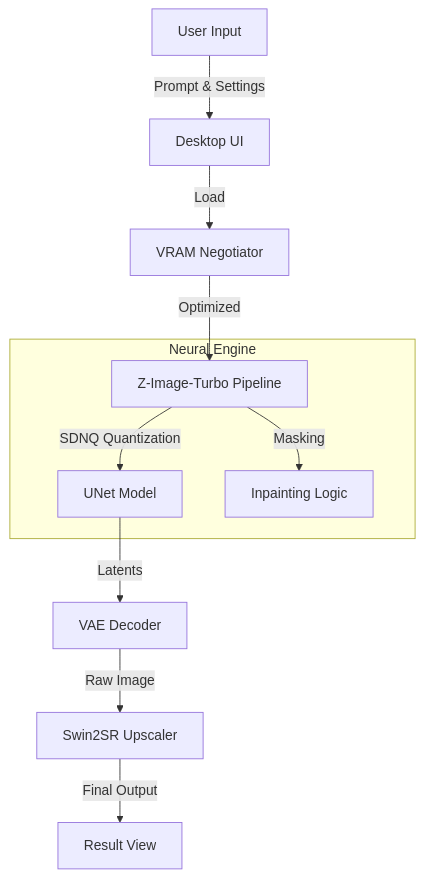
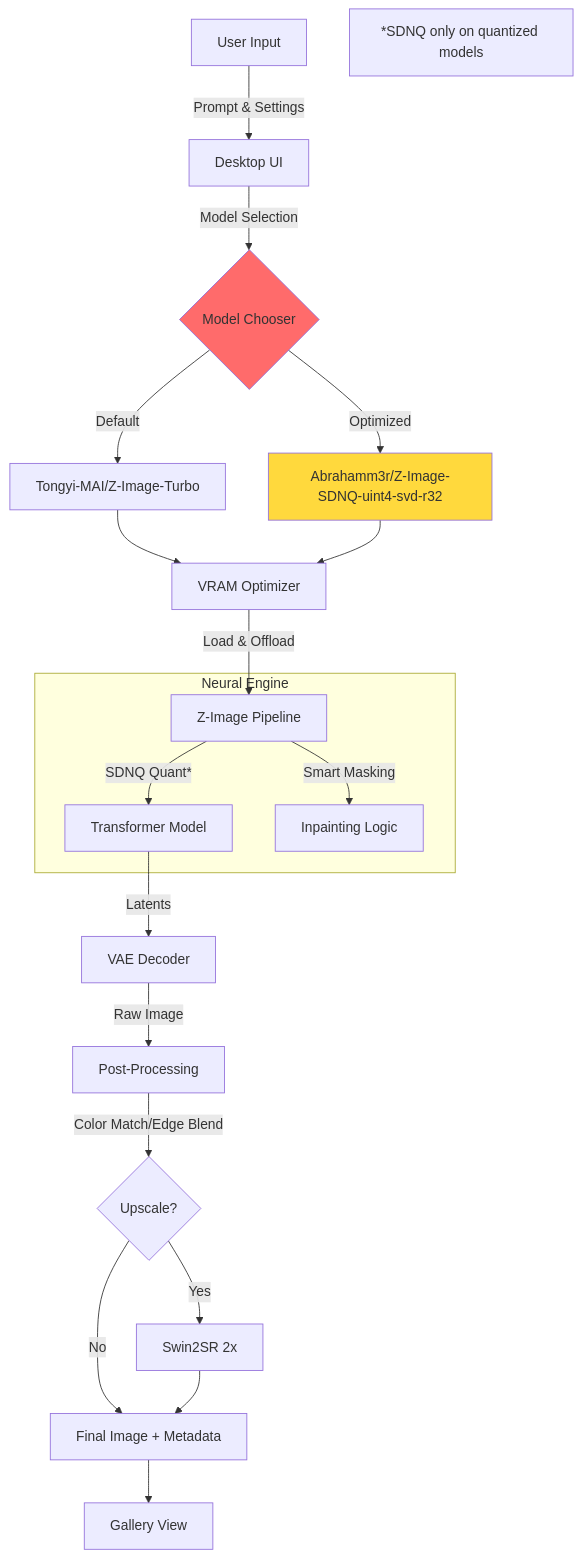
Before and after one commit to abrahamjroy/ProcessedElectricSheepDreams: the diagram in README.md, drawn with Mermaid. The commit also changed other lines of this file, not shown here.

First line of the commit message:
docs: Update README with model chooser & citations

````diff
--- a/README.md
+++ b/README.md
@@ -12,15 +18,33 @@
 ```mermaid
 graph TD
-    User[User Input] --> |Prompt & Settings| App[Desktop UI]  
-    App --> |Load| VN[VRAM Negotiator]
-    VN --> |Optimized| Pipeline[Z-Image-Turbo Pipeline]
+    User[User Input] -->|Prompt & Settings| App[Desktop UI]
+    App -->|Model Selection| Chooser{Model Chooser}
+    
+    Chooser -->|Default| Model1[Tongyi-MAI/Z-Image-Turbo]
+    Chooser -->|Optimized| Model2[Abrahamm3r/Z-Image-SDNQ-uint4-svd-r32]
+    
+    Model1 --> VN[VRAM Optimizer]
+    Model2 --> VN
+    
+    VN -->|Load & Offload| Pipeline[Z-Image Pipeline]
     
     subgraph "Neural Engine"
-    Pipeline --> |SDNQ Quantization| UNet[UNet Model]
-    Pipeline --> |Masking| Inpaint[Inpainting Logic]
+        Pipeline -->|SDNQ Quant*| Transformer[Transformer Model]
+        Pipeline -->|Smart Masking| Inpaint[Inpainting Logic]
     end
     
-    UNet --> |Latents| VAE[VAE Decoder]
-    VAE --> |Raw Image| Upscaler[Swin2SR Upscaler]
-    Upscaler --> |Final Output| Gallery[Result View]
+    Transformer -->|Latents| VAE[VAE Decoder]
+    VAE -->|Raw Image| Post[Post-Processing]
+    Post -->|Color Match/Edge Blend| Upscaler{Upscale?}
+    
+    Upscaler -->|Yes| SR[Swin2SR 2x]
+    Upscaler -->|No| Output
+    SR --> Output[Final Image + Metadata]
+    
+    Output --> Gallery[Gallery View]
+    
+    style Chooser fill:#ff6b6b
+    style Model2 fill:#ffd93d
+    
+    Note1[*SDNQ only on quantized models]
 ```
````
